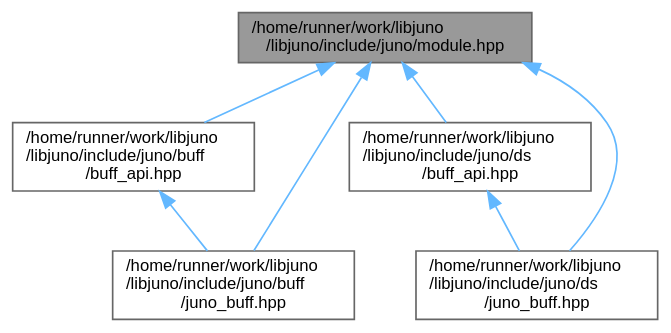
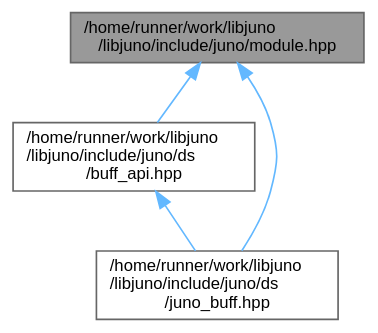
One commit to robinonsay/libjuno changed the diagram in module_8hpp__dep__incl.dot. Above: the diagram before and after it, drawn with Graphviz. The commit also changed 259 other files, not shown here.

```diff
--- a/module_8hpp__dep__incl.dot
+++ b/module_8hpp__dep__incl.dot
@@ -1,18 +1,13 @@
 digraph "/home/runner/work/libjuno/libjuno/include/juno/module.hpp"
 {
  // LATEX_PDF_SIZE
   bgcolor="transparent";
   edge [fontname=Helvetica,fontsize=10,labelfontname=Helvetica,labelfontsize=10];
   node [fontname=Helvetica,fontsize=10,shape=box,height=0.2,width=0.4];
   Node1 [id="Node000001",label="/home/runner/work/libjuno\l/libjuno/include/juno/module.hpp",height=0.2,width=0.4,color="gray40", fillcolor="grey60", style="filled", fontcolor="black",tooltip=" "];
   Node1 -> Node2 [id="edge1_Node000001_Node000002",dir="back",color="steelblue1",style="solid",tooltip=" "];
-  Node2 [id="Node000002",label="/home/runner/work/libjuno\l/libjuno/include/juno/buff\l/buff_api.hpp",height=0.2,width=0.4,color="grey40", fillcolor="white", style="filled",URL="$buff_2buff__api_8hpp.html",tooltip=" "];
+  Node2 [id="Node000002",label="/home/runner/work/libjuno\l/libjuno/include/juno/ds\l/buff_api.hpp",height=0.2,width=0.4,color="grey40", fillcolor="white", style="filled",URL="$buff__api_8hpp.html",tooltip=" "];
   Node2 -> Node3 [id="edge2_Node000002_Node000003",dir="back",color="steelblue1",style="solid",tooltip=" "];
-  Node3 [id="Node000003",label="/home/runner/work/libjuno\l/libjuno/include/juno/buff\l/juno_buff.hpp",height=0.2,width=0.4,color="grey40", fillcolor="white", style="filled",URL="$buff_2juno__buff_8hpp.html",tooltip=" "];
+  Node3 [id="Node000003",label="/home/runner/work/libjuno\l/libjuno/include/juno/ds\l/juno_buff.hpp",height=0.2,width=0.4,color="grey40", fillcolor="white", style="filled",URL="$juno__buff_8hpp.html",tooltip=" "];
   Node1 -> Node3 [id="edge3_Node000001_Node000003",dir="back",color="steelblue1",style="solid",tooltip=" "];
-  Node1 -> Node4 [id="edge4_Node000001_Node000004",dir="back",color="steelblue1",style="solid",tooltip=" "];
-  Node4 [id="Node000004",label="/home/runner/work/libjuno\l/libjuno/include/juno/ds\l/buff_api.hpp",height=0.2,width=0.4,color="grey40", fillcolor="white", style="filled",URL="$ds_2buff__api_8hpp.html",tooltip=" "];
-  Node4 -> Node5 [id="edge5_Node000004_Node000005",dir="back",color="steelblue1",style="solid",tooltip=" "];
-  Node5 [id="Node000005",label="/home/runner/work/libjuno\l/libjuno/include/juno/ds\l/juno_buff.hpp",height=0.2,width=0.4,color="grey40", fillcolor="white", style="filled",URL="$ds_2juno__buff_8hpp.html",tooltip=" "];
-  Node1 -> Node5 [id="edge6_Node000001_Node000005",dir="back",color="steelblue1",style="solid",tooltip=" "];
 }
```
